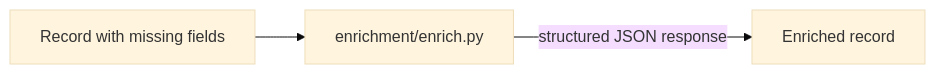
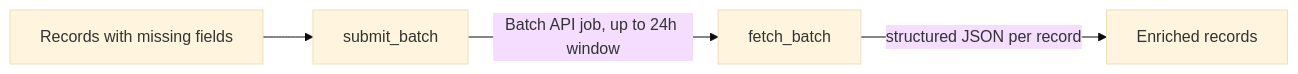
Before and after one commit to paulocremas-showcase/ai-enrichment-demo: the diagram in README.md, drawn with Mermaid (base theme). The commit also changed other lines of this file and 7 other files, not shown here.

First line of the commit message:
feat: add real Batch API path (submit_batch/fetch_batch), AI-BOM, CI workflow, hash-lock deps

````diff
--- a/README.md
+++ b/README.md
@@ -23,5 +23,6 @@
 ```mermaid
 flowchart LR
-    A[Record with missing fields] --> B[enrichment/enrich.py]
-    B -->|structured JSON response| C[Enriched record]
+    A[Records with missing fields] --> B[submit_batch]
+    B -->|Batch API job, up to 24h window| C[fetch_batch]
+    C -->|structured JSON per record| D[Enriched records]
 ```
````
